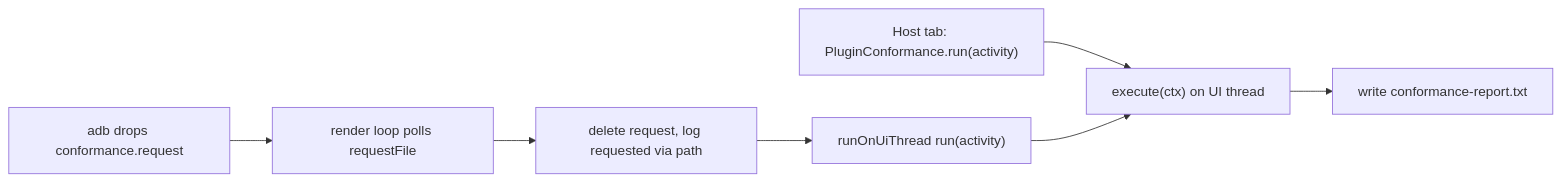
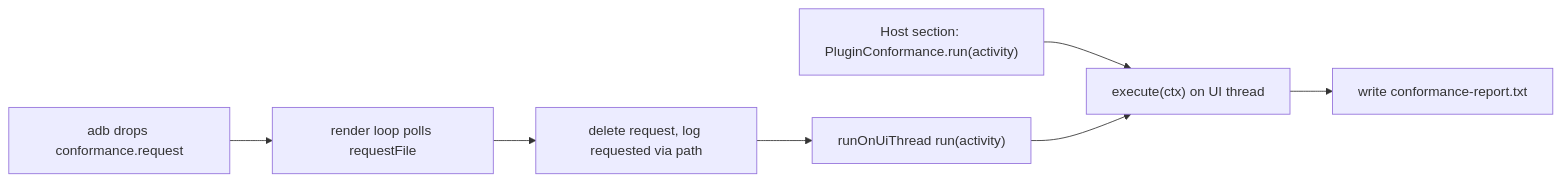
Before and after one commit to eshahrabani/runelite-mobile: the diagram in docs/diagnostics.md, drawn with Mermaid. The commit also changed other lines of this file and 76 other files, not shown here.

````diff
--- a/docs/diagnostics.md
+++ b/docs/diagnostics.md
@@ -154,9 +180,9 @@
 ```mermaid
 flowchart LR
-    A["Host tab: PluginConformance.run(activity)"] --> C["execute(ctx) on UI thread"]
+    A["Host section: PluginConformance.run(activity)"] --> C["execute(ctx) on UI thread"]
     B["adb drops conformance.request"] --> D["render loop polls requestFile"]
     D --> E["delete request, log requested via path"]
     E --> F["runOnUiThread run(activity)"]
     F --> C
     C --> G["write conformance-report.txt"]
 ```
````
